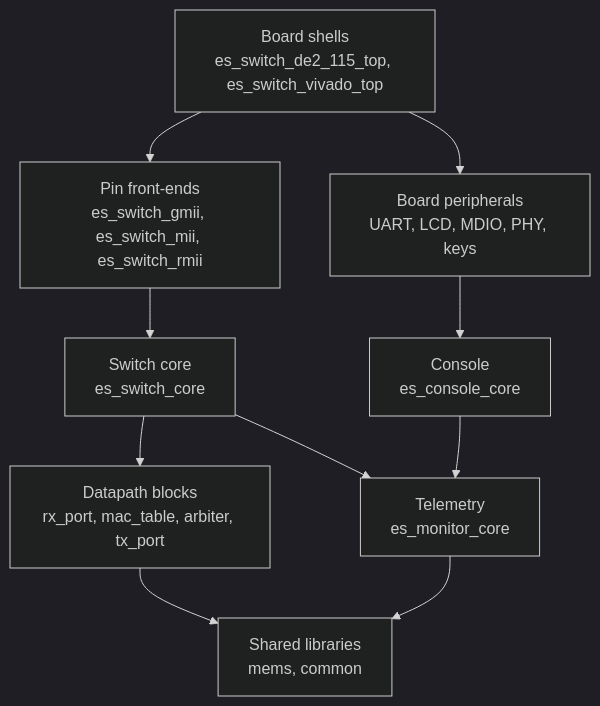
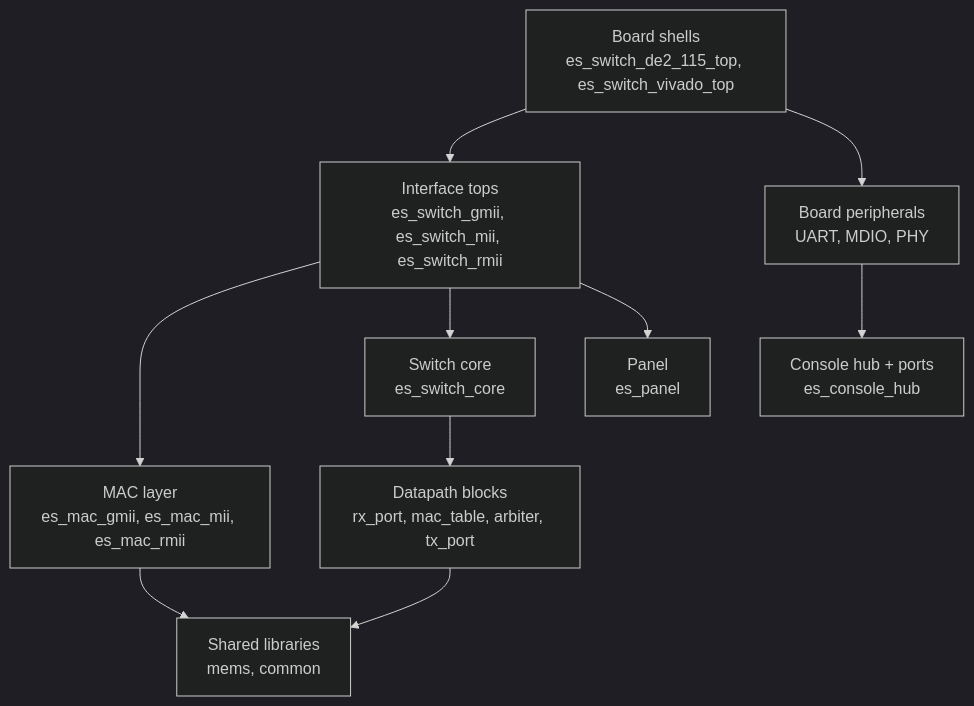
The fourth of 15 diagrams in README.md (cw1997/ethernet-switch), drawn with Mermaid (dark theme) before and after one commit. The commit also changed other lines of this file and 84 other files, not shown here.

````diff
--- a/README.md
+++ b/README.md
@@ -397,12 +398,12 @@
 ```mermaid
 flowchart TD
-    B["Board shells<br/>es_switch_de2_115_top, es_switch_vivado_top"] --> W["Pin front-ends<br/>es_switch_gmii, es_switch_mii, es_switch_rmii"]
+    B["Board shells<br/>es_switch_de2_115_top, es_switch_vivado_top"] --> W["Interface tops<br/>es_switch_gmii, es_switch_mii, es_switch_rmii"]
+    W --> A["MAC layer<br/>es_mac_gmii, es_mac_mii, es_mac_rmii"]
     W --> R["Switch core<br/>es_switch_core"]
+    W --> N["Panel<br/>es_panel"]
     R --> D["Datapath blocks<br/>rx_port, mac_table, arbiter, tx_port"]
-    R --> T["Telemetry<br/>es_monitor_core"]
-    B --> P["Board peripherals<br/>UART, LCD, MDIO, PHY, keys"]
-    P --> K["Console<br/>es_console_core"]
-    K --> T
+    B --> P["Board peripherals<br/>UART, MDIO, PHY"]
+    P --> H["Console hub + ports<br/>es_console_hub"]
     D --> L["Shared libraries<br/>mems, common"]
-    T --> L
+    A --> L
 ```
````
